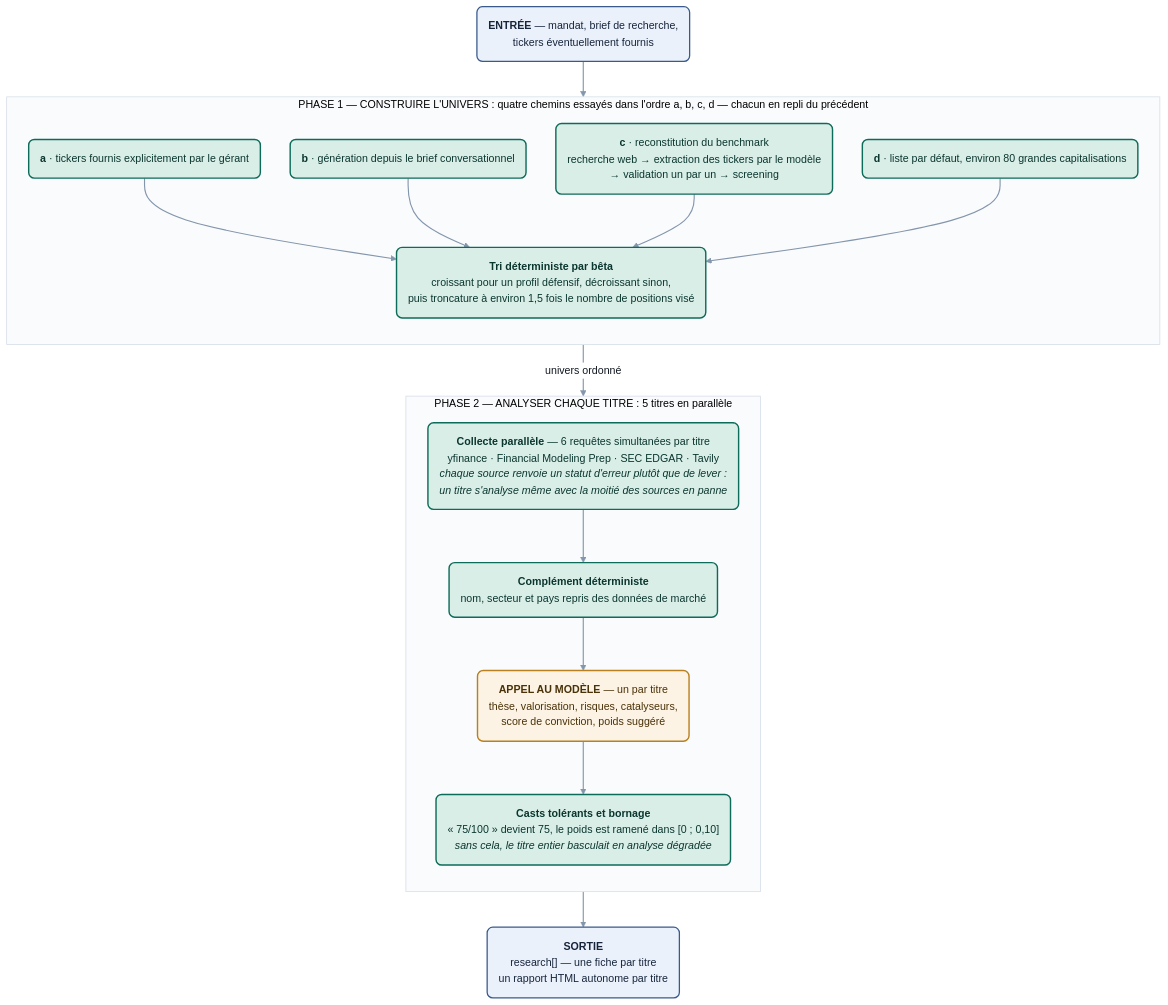
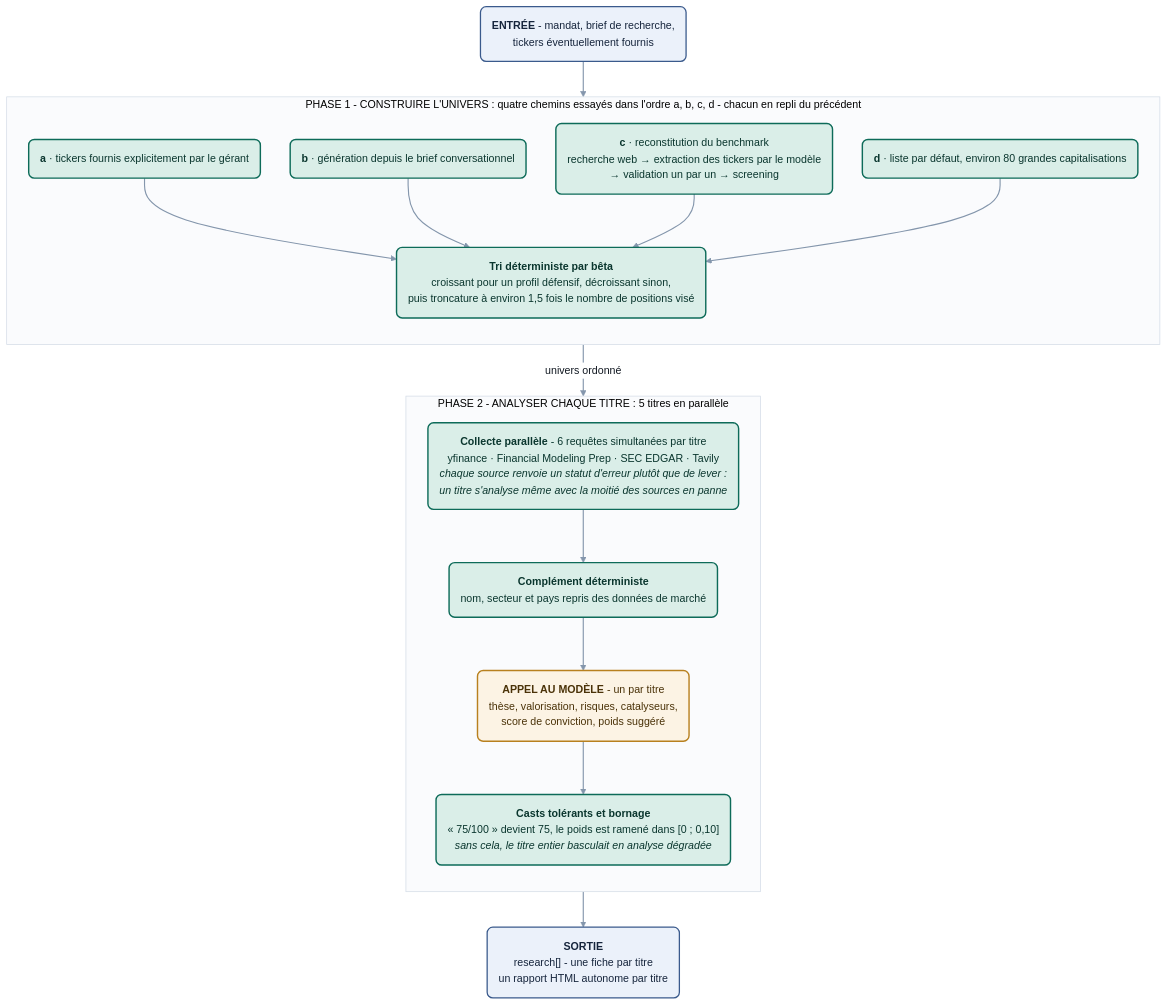
The diagram in docs/architecture/agents/agent_2_recherche.mmd (damienkuhnz-tech/AlphaSwarm-AI), drawn with Mermaid before and after one commit. The commit also changed 106 other files, not shown here.

```diff
--- a/docs/architecture/agents/agent_2_recherche.mmd
+++ b/docs/architecture/agents/agent_2_recherche.mmd
@@ -1,63 +1,63 @@
 ---
 config:
   theme: base
   themeVariables:
     fontFamily: "Segoe UI, Helvetica Neue, Arial, sans-serif"
     fontSize: 15px
     lineColor: "#8496AC"
     primaryColor: "#FFFFFF"
     primaryTextColor: "#101720"
     primaryBorderColor: "#8496AC"
     clusterBkg: "#FAFBFD"
     clusterBorder: "#D3DBE6"
     edgeLabelBackground: "#FFFFFF"
   flowchart:
     curve: basis
     padding: 16
     nodeSpacing: 42
     rankSpacing: 50
     wrappingWidth: 420
 ---
 flowchart TB
 
-  MANDAT("<b>ENTRÉE</b> — mandat, brief de recherche,<br/>tickers éventuellement fournis")
+  MANDAT("<b>ENTRÉE</b> - mandat, brief de recherche,<br/>tickers éventuellement fournis")
 
-  subgraph UNIV["&nbsp;&nbsp;PHASE 1 — CONSTRUIRE L'UNIVERS : quatre chemins essayés dans l'ordre a, b, c, d — chacun en repli du précédent&nbsp;&nbsp;"]
+  subgraph UNIV["&nbsp;&nbsp;PHASE 1 - CONSTRUIRE L'UNIVERS : quatre chemins essayés dans l'ordre a, b, c, d - chacun en repli du précédent&nbsp;&nbsp;"]
     direction TB
     U1("<b>a</b> · tickers fournis explicitement par le gérant")
     U2("<b>b</b> · génération depuis le brief conversationnel")
     U3("<b>c</b> · reconstitution du benchmark<br/>recherche web → extraction des tickers par le modèle<br/>→ validation un par un → screening")
     U4("<b>d</b> · liste par défaut, environ 80 grandes capitalisations")
     TRI("<b>Tri déterministe par bêta</b><br/>croissant pour un profil défensif, décroissant sinon,<br/>puis troncature à environ 1,5 fois le nombre de positions visé")
     U1 --> TRI
     U2 --> TRI
     U3 --> TRI
     U4 --> TRI
   end
 
-  subgraph ANA["&nbsp;&nbsp;PHASE 2 — ANALYSER CHAQUE TITRE : 5 titres en parallèle&nbsp;&nbsp;"]
+  subgraph ANA["&nbsp;&nbsp;PHASE 2 - ANALYSER CHAQUE TITRE : 5 titres en parallèle&nbsp;&nbsp;"]
     direction TB
-    F("<b>Collecte parallèle</b> — 6 requêtes simultanées par titre<br/>yfinance · Financial Modeling Prep · SEC EDGAR · Tavily<br/><i>chaque source renvoie un statut d'erreur plutôt que de lever :<br/>un titre s'analyse même avec la moitié des sources en panne</i>")
+    F("<b>Collecte parallèle</b> - 6 requêtes simultanées par titre<br/>yfinance · Financial Modeling Prep · SEC EDGAR · Tavily<br/><i>chaque source renvoie un statut d'erreur plutôt que de lever :<br/>un titre s'analyse même avec la moitié des sources en panne</i>")
     E("<b>Complément déterministe</b><br/>nom, secteur et pays repris des données de marché")
-    L("<b>APPEL AU MODÈLE</b> — un par titre<br/>thèse, valorisation, risques, catalyseurs,<br/>score de conviction, poids suggéré")
+    L("<b>APPEL AU MODÈLE</b> - un par titre<br/>thèse, valorisation, risques, catalyseurs,<br/>score de conviction, poids suggéré")
     F --> E --> L --> C
     C("<b>Casts tolérants et bornage</b><br/>« 75/100 » devient 75, le poids est ramené dans [0 ; 0,10]<br/><i>sans cela, le titre entier basculait en analyse dégradée</i>")
   end
 
-  OUT("<b>SORTIE</b><br/>research[] — une fiche par titre<br/>un rapport HTML autonome par titre")
+  OUT("<b>SORTIE</b><br/>research[] - une fiche par titre<br/>un rapport HTML autonome par titre")
 
   MANDAT --> UNIV
   UNIV -->|"univers ordonné"| ANA
   ANA --> OUT
 
   class MANDAT,OUT io;
   class U1,U2,U3,U4,TRI,F,E,C calc;
   class L juge;
 
   classDef juge fill:#FCF3E4,stroke:#B8801F,stroke-width:2px,color:#4A3208,rx:8,ry:8;
   classDef calc fill:#DAEEE8,stroke:#0D6B59,stroke-width:2px,color:#0A362E,rx:8,ry:8;
   classDef io fill:#EBF1FA,stroke:#3A5A8C,stroke-width:1.8px,color:#16253C,rx:8,ry:8;
   classDef stop fill:#FBE4E1,stroke:#9C2A22,stroke-width:2px,color:#4A110D,rx:8,ry:8;
   classDef data fill:#FFFFFF,stroke:#8496AC,stroke-width:1.4px,color:#101720,rx:8,ry:8;
 
   linkStyle default stroke-width:1.6px;
```
